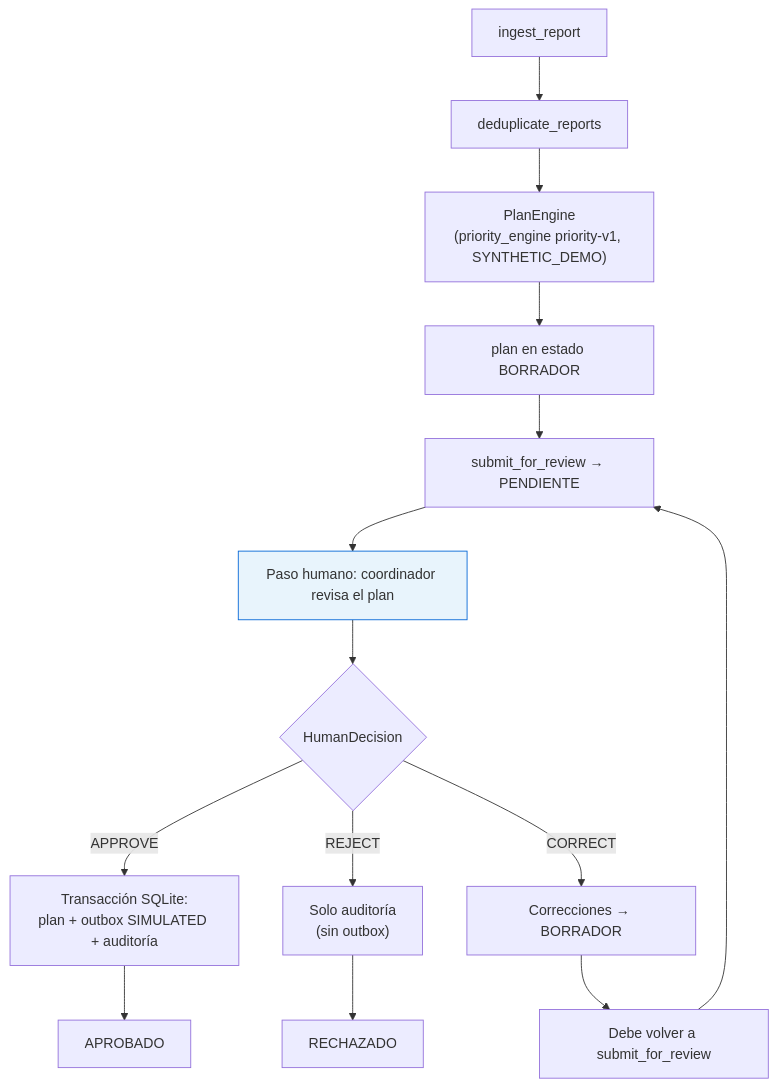
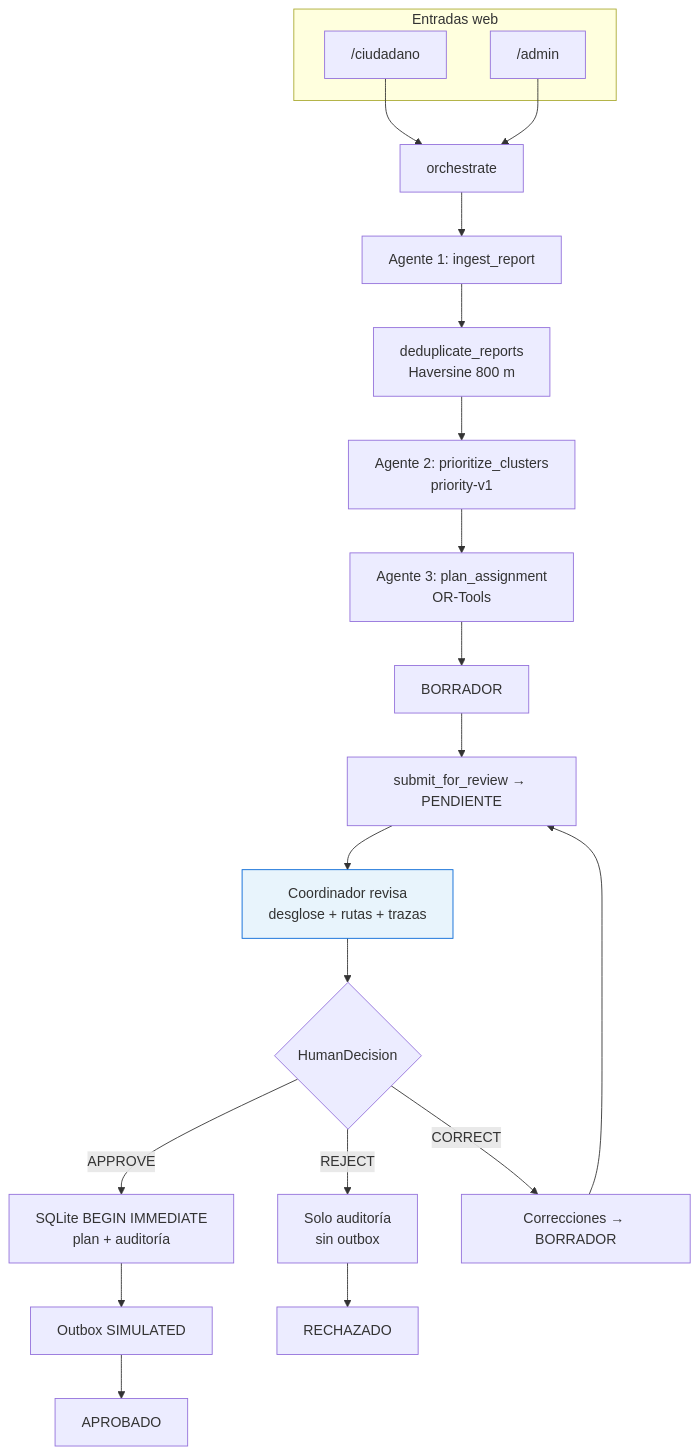
The diagram in docs/diagrama_supervision.md (HackathonFISC/equipo-12), drawn with Mermaid before and after one commit. The commit also changed other lines of this file and 14 other files, not shown here.

````diff
--- a/docs/diagrama_supervision.md
+++ b/docs/diagrama_supervision.md
@@ -5,21 +18,32 @@
 ```mermaid
 flowchart TD
-    A[ingest_report] --> B[deduplicate_reports]
-    B --> C["PlanEngine<br/>(priority_engine priority-v1, SYNTHETIC_DEMO)"]
-    C --> D[plan en estado BORRADOR]
-    D --> E[submit_for_review → PENDIENTE]
-    E --> F["Paso humano: coordinador revisa el plan"]
-    F --> G{HumanDecision}
+    subgraph UI["Entradas web"]
+        CI["/ciudadano"]
+        AD["/admin"]
+    end
 
-    G -->|APPROVE| H["Transacción SQLite:<br/>plan + outbox SIMULATED + auditoría"]
-    H --> I[APROBADO]
+    CI --> ORCH["orchestrate"]
+    AD --> ORCH
 
-    G -->|REJECT| J["Solo auditoría<br/>(sin outbox)"]
-    J --> K[RECHAZADO]
+    ORCH --> A1["Agente 1: ingest_report"]
+    A1 --> DED["deduplicate_reports<br/>Haversine 800 m"]
+    DED --> A2["Agente 2: prioritize_clusters<br/>priority-v1"]
+    A2 --> A3["Agente 3: plan_assignment<br/>OR-Tools"]
+    A3 --> BOR["BORRADOR"]
 
-    G -->|CORRECT| L[Correcciones → BORRADOR]
-    L --> M[Debe volver a submit_for_review]
-    M --> E
+    BOR --> PEND["submit_for_review → PENDIENTE"]
+    PEND --> HUM["Coordinador revisa<br/>desglose + rutas + trazas"]
+    HUM --> DEC{HumanDecision}
 
-    style F fill:#e8f4fc,stroke:#0366d6
+    DEC -->|APPROVE| TX["SQLite BEGIN IMMEDIATE<br/>plan + auditoría"]
+    TX --> OB["Outbox SIMULATED"]
+    OB --> APR["APROBADO"]
+
+    DEC -->|REJECT| AUD["Solo auditoría<br/>sin outbox"]
+    AUD --> REJ["RECHAZADO"]
+
+    DEC -->|CORRECT| BOR2["Correcciones → BORRADOR"]
+    BOR2 --> PEND
+
+    style HUM fill:#e8f4fc,stroke:#0366d6
 ```
````
